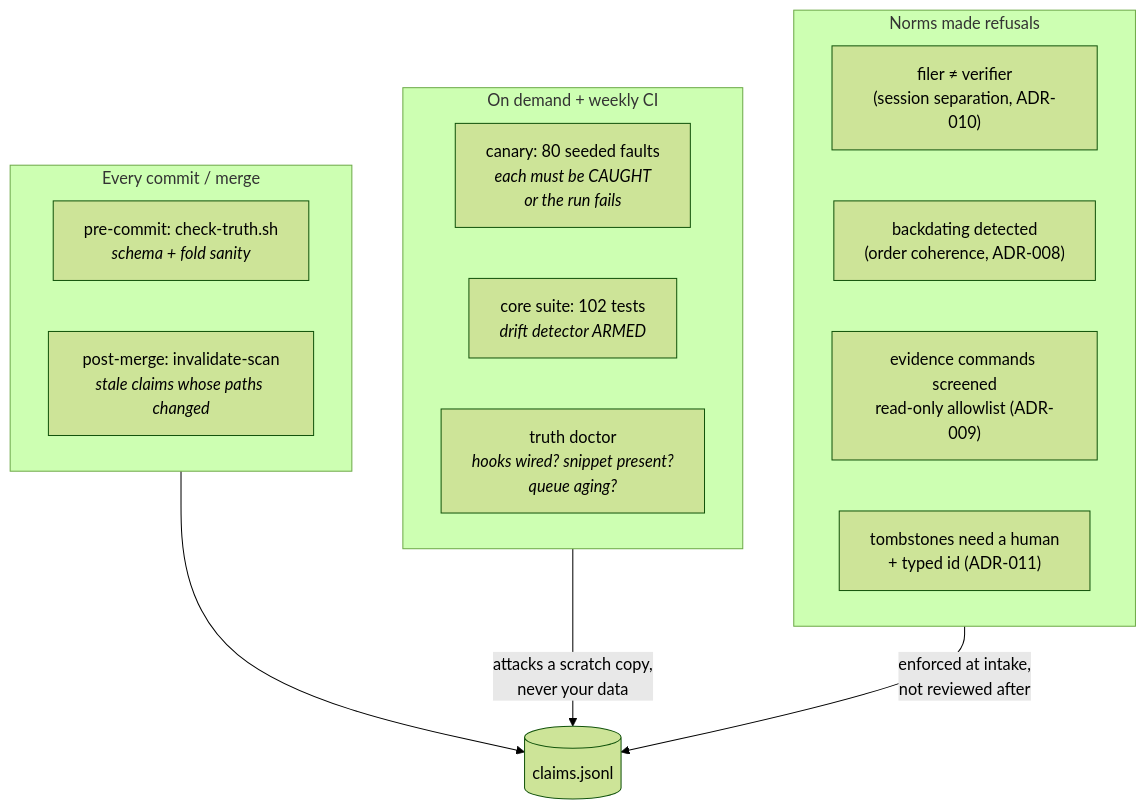
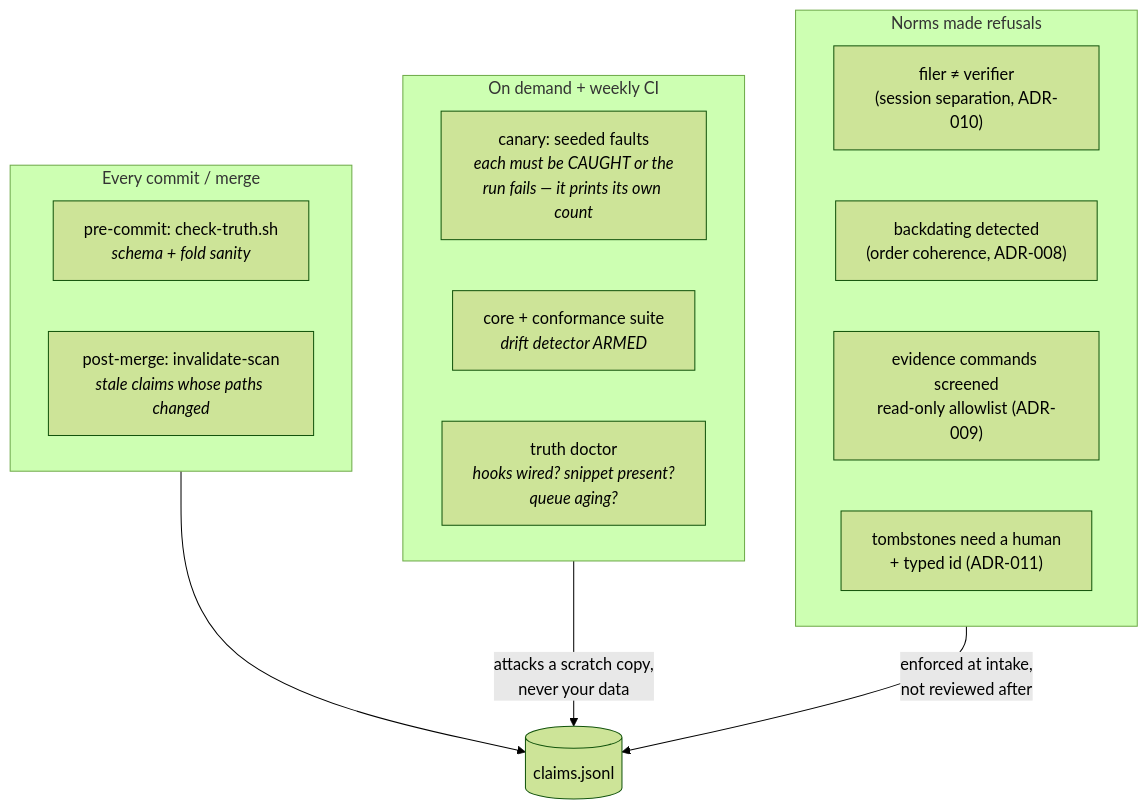
Before and after one commit to m1981/kuchnie: the fifth of 6 diagrams in docs/truth-ledger-machinery.md, drawn with Mermaid (forest theme). The commit also changed 2 other files, not shown here.

Commit message:
truth: pre-align machinery diagrams with upstream 1d7b652 (counts softened); wk-2e2e9947 closed

````diff
--- a/docs/truth-ledger-machinery.md
+++ b/docs/truth-ledger-machinery.md
@@ -152,24 +152,24 @@
 ```mermaid
 flowchart TB
     subgraph continuous ["Every commit / merge"]
         H1["pre-commit: check-truth.sh<br/><i>schema + fold sanity</i>"]
         H2["post-merge: invalidate-scan<br/><i>stale claims whose paths changed</i>"]
     end
 
     subgraph battery ["On demand + weekly CI"]
-        G1["canary: 80 seeded faults<br/><i>each must be CAUGHT<br/>or the run fails</i>"]
-        G2["core suite: 102 tests<br/><i>drift detector ARMED</i>"]
+        G1["canary: seeded faults<br/><i>each must be CAUGHT or the<br/>run fails — it prints its own count</i>"]
+        G2["core + conformance suite<br/><i>drift detector ARMED</i>"]
         G3["truth doctor<br/><i>hooks wired? snippet present?<br/>queue aging?</i>"]
     end
 
     subgraph syntax ["Norms made refusals"]
         N1["filer ≠ verifier<br/>(session separation, ADR-010)"]
         N2["backdating detected<br/>(order coherence, ADR-008)"]
         N3["evidence commands screened<br/>read-only allowlist (ADR-009)"]
         N4["tombstones need a human<br/>+ typed id (ADR-011)"]
     end
 
     continuous --> LGR[("claims.jsonl")]
     battery -->|"attacks a scratch copy,<br/>never your data"| LGR
     syntax -->|"enforced at intake,<br/>not reviewed after"| LGR
 ```
````
